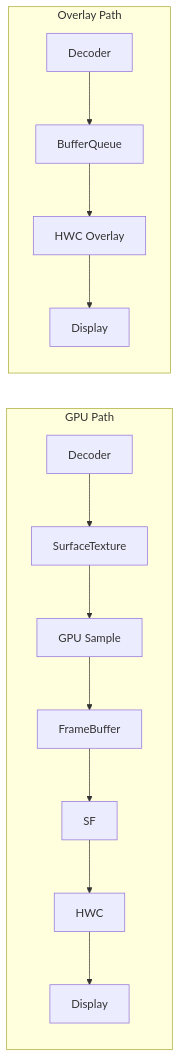
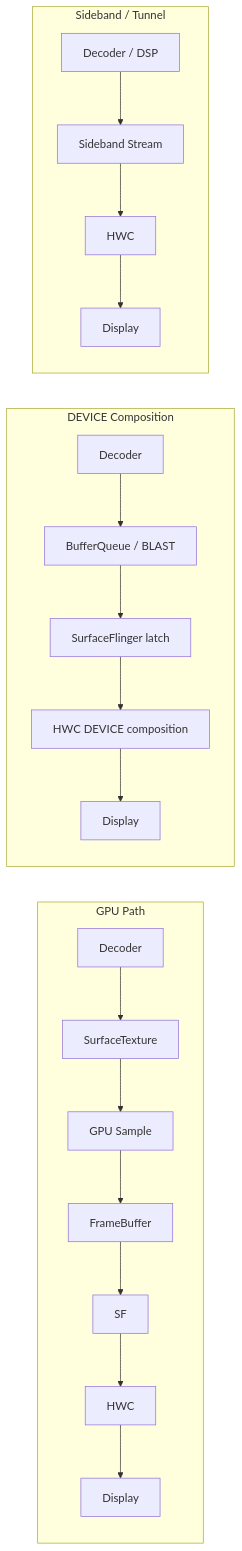
Before and after one commit to Gracker/android-internals-wiki: the second of 2 diagrams in src/part2-performance/ch18-rendering-pipelines/15-video-overlay-hwc.md, drawn with Mermaid. The commit also changed other lines of this file and 2 other files, not shown here.

Commit message:
[openclaw] rework: 18.15 视频叠加与 HWC — review 回炉修复

````diff
--- a/src/part2-performance/ch18-rendering-pipelines/15-video-overlay-hwc.md
+++ b/src/part2-performance/ch18-rendering-pipelines/15-video-overlay-hwc.md
@@ -102,17 +120,24 @@
 ```mermaid
 graph LR
     subgraph "GPU Path"
         D1[Decoder] --> ST[SurfaceTexture]
         ST --> GPU[GPU Sample]
         GPU --> FB[FrameBuffer]
         FB --> SF1[SF]
         SF1 --> HWC1[HWC]
         HWC1 --> Disp1[Display]
     end
-    
-    subgraph "Overlay Path"
-        D2[Decoder] --> BQ[BufferQueue]
-        BQ --> HWC2[HWC Overlay]
+
+    subgraph "DEVICE Composition"
+        D2[Decoder] --> BQ[BufferQueue / BLAST]
+        BQ --> SF2[SurfaceFlinger latch]
+        SF2 --> HWC2[HWC DEVICE composition]
         HWC2 --> Disp2[Display]
     end
+
+    subgraph "Sideband / Tunnel"
+        D3[Decoder / DSP] --> SB[Sideband Stream]
+        SB --> HWC3[HWC]
+        HWC3 --> Disp3[Display]
+    end
 ```
````
